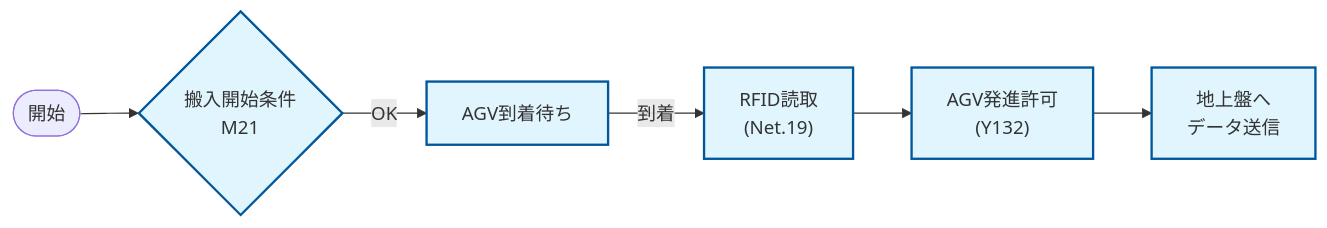
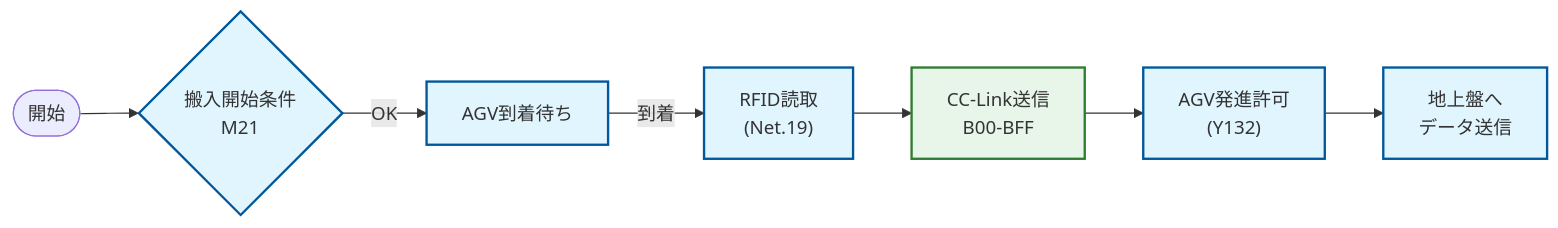
Before and after one commit to iceplantengineering/YTEC: the ninth of 10 diagrams in doc/plc_flowcharts.md, drawn with Mermaid. The commit also changed other lines of this file and 5 other files, not shown here.

````diff
--- a/doc/plc_flowcharts.md
+++ b/doc/plc_flowcharts.md
@@ -155,12 +286,15 @@
 ```mermaid
 flowchart LR
     Start([開始]) --> Check{"搬入開始条件<br/>M21"}
     Check -- OK --> Wait[AGV到着待ち]
     Wait -- 到着 --> RFID["RFID読取<br/>(Net.19)"]
-    
-    RFID --> Handshake["AGV発進許可<br/>(Y132)"]
+
+    RFID --> CCLinkTx["CC-Link送信<br/>B00-BFF"]
+    CCLinkTx --> Handshake["AGV発進許可<br/>(Y132)"]
     Handshake --> Send["地上盤へ<br/>データ送信"]
-    
+
     classDef process fill:#e1f5fe,stroke:#01579b,stroke-width:2px;
+    classDef cclink fill:#e8f5e9,stroke:#2e7d32,stroke-width:2px;
     class Check,Wait,RFID,Handshake,Send process;
+    class CCLinkTx cclink;
 ```
````
